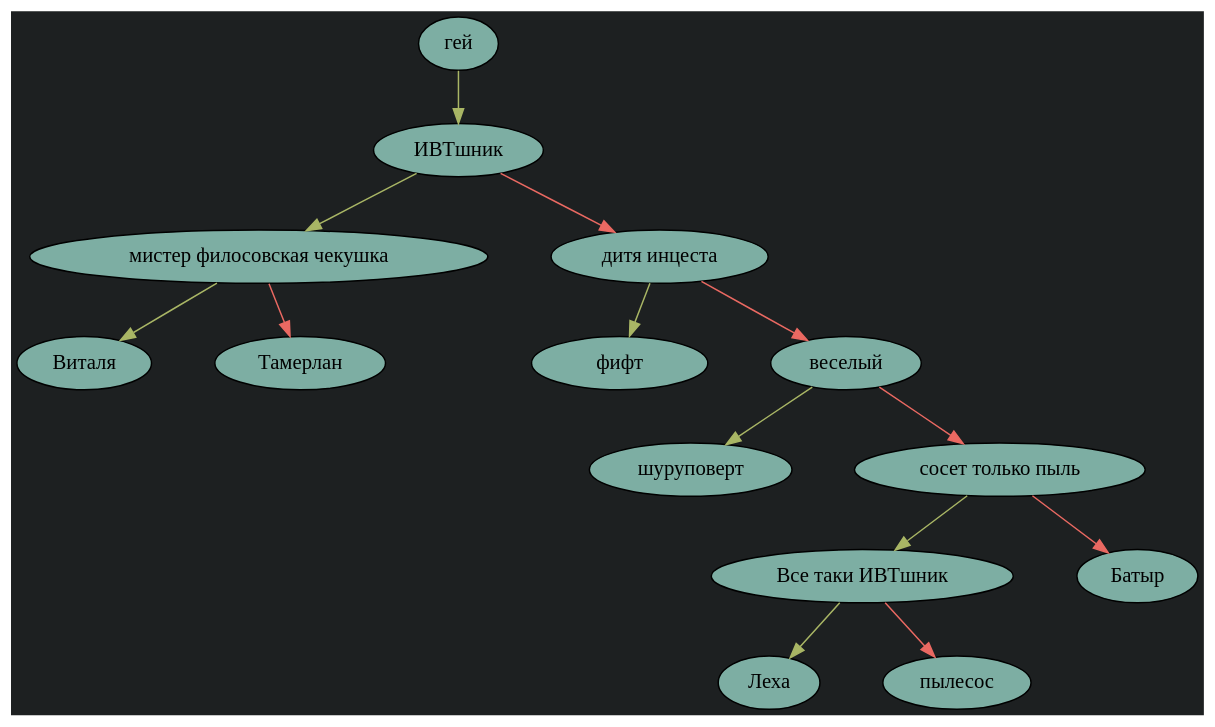
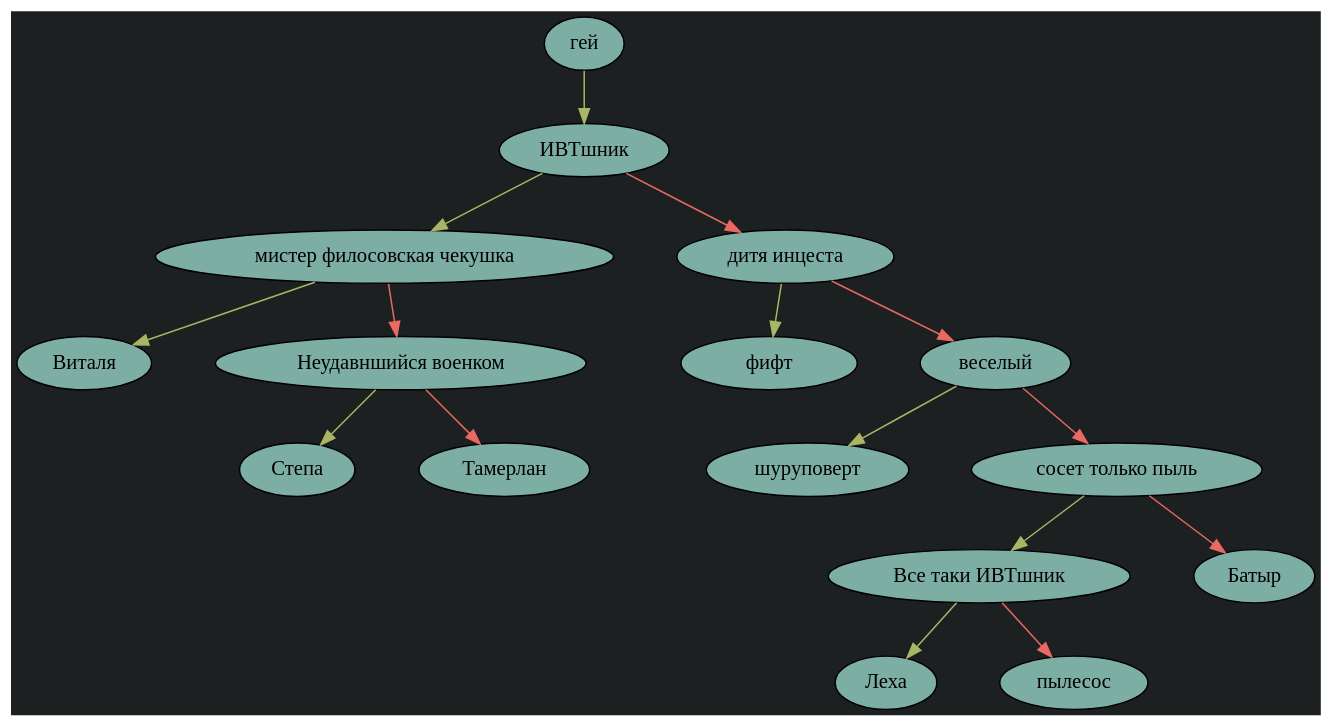
The diagram in logs/dot/graph.dot (Tamik13/AKINATOR), drawn with Graphviz before and after one commit. The commit also changed 8 other files, not shown here.

```diff
--- a/logs/dot/graph.dot
+++ b/logs/dot/graph.dot
@@ -1,32 +1,36 @@
 digraph {
 	bgcolor="#1d2021";
 	nodesep=0.6
 	rank_sep=1.0
 	node0x604000000650 [style=filled; fillcolor="#7daea3" label = "гей"]
 	node0x604000000650 -> node0x604000000690 [color="#a9b665"]
 	node0x604000000690 [style=filled; fillcolor="#7daea3" label = "ИВТшник"]
 	node0x604000000690 -> node0x604000000710 [color="#a9b665"]
-	node0x604000000690 -> node0x604000000950 [color="#ea6962"]
+	node0x604000000690 -> node0x604000000a50 [color="#ea6962"]
 	node0x604000000710 [style=filled; fillcolor="#7daea3" label = "мистер филосовская чекушка"]
 	node0x604000000710 -> node0x6040000007d0 [color="#a9b665"]
 	node0x604000000710 -> node0x6040000008d0 [color="#ea6962"]
 	node0x6040000007d0 [style=filled; fillcolor="#7daea3" label = "Виталя"]
-	node0x6040000008d0 [style=filled; fillcolor="#7daea3" label = "Тамерлан"]
-	node0x604000000950 [style=filled; fillcolor="#7daea3" label = "дитя инцеста"]
-	node0x604000000950 -> node0x604000000a10 [color="#a9b665"]
-	node0x604000000950 -> node0x604000000ad0 [color="#ea6962"]
-	node0x604000000a10 [style=filled; fillcolor="#7daea3" label = "	фифт"]
-	node0x604000000ad0 [style=filled; fillcolor="#7daea3" label = "веселый"]
-	node0x604000000ad0 -> node0x604000000b90 [color="#a9b665"]
-	node0x604000000ad0 -> node0x604000000c50 [color="#ea6962"]
-	node0x604000000b90 [style=filled; fillcolor="#7daea3" label = "шуруповерт"]
-	node0x604000000c50 [style=filled; fillcolor="#7daea3" label = "сосет только пыль"]
-	node0x604000000c50 -> node0x604000000d10 [color="#a9b665"]
-	node0x604000000c50 -> node0x604000000fd0 [color="#ea6962"]
-	node0x604000000d10 [style=filled; fillcolor="#7daea3" label = "Все таки ИВТшник"]
-	node0x604000000d10 -> node0x604000000dd0 [color="#a9b665"]
-	node0x604000000d10 -> node0x604000000ed0 [color="#ea6962"]
-	node0x604000000dd0 [style=filled; fillcolor="#7daea3" label = "Леха"]
-	node0x604000000ed0 [style=filled; fillcolor="#7daea3" label = "пылесос"]
-	node0x604000000fd0 [style=filled; fillcolor="#7daea3" label = "Батыр"]
+	node0x6040000008d0 [style=filled; fillcolor="#7daea3" label = "Неудавншийся военком"]
+	node0x6040000008d0 -> node0x604000000950 [color="#a9b665"]
+	node0x6040000008d0 -> node0x6040000009d0 [color="#ea6962"]
+	node0x604000000950 [style=filled; fillcolor="#7daea3" label = "Степа"]
+	node0x6040000009d0 [style=filled; fillcolor="#7daea3" label = "Тамерлан"]
+	node0x604000000a50 [style=filled; fillcolor="#7daea3" label = "дитя инцеста"]
+	node0x604000000a50 -> node0x604000000b10 [color="#a9b665"]
+	node0x604000000a50 -> node0x604000000bd0 [color="#ea6962"]
+	node0x604000000b10 [style=filled; fillcolor="#7daea3" label = "	фифт"]
+	node0x604000000bd0 [style=filled; fillcolor="#7daea3" label = "веселый"]
+	node0x604000000bd0 -> node0x604000000c90 [color="#a9b665"]
+	node0x604000000bd0 -> node0x604000000d50 [color="#ea6962"]
+	node0x604000000c90 [style=filled; fillcolor="#7daea3" label = "шуруповерт"]
+	node0x604000000d50 [style=filled; fillcolor="#7daea3" label = "сосет только пыль"]
+	node0x604000000d50 -> node0x604000000e50 [color="#a9b665"]
+	node0x604000000d50 -> node0x6040000011d0 [color="#ea6962"]
+	node0x604000000e50 [style=filled; fillcolor="#7daea3" label = "Все таки ИВТшник"]
+	node0x604000000e50 -> node0x604000000f50 [color="#a9b665"]
+	node0x604000000e50 -> node0x604000001090 [color="#ea6962"]
+	node0x604000000f50 [style=filled; fillcolor="#7daea3" label = "Леха"]
+	node0x604000001090 [style=filled; fillcolor="#7daea3" label = "пылесос"]
+	node0x6040000011d0 [style=filled; fillcolor="#7daea3" label = "Батыр"]
 }
```
